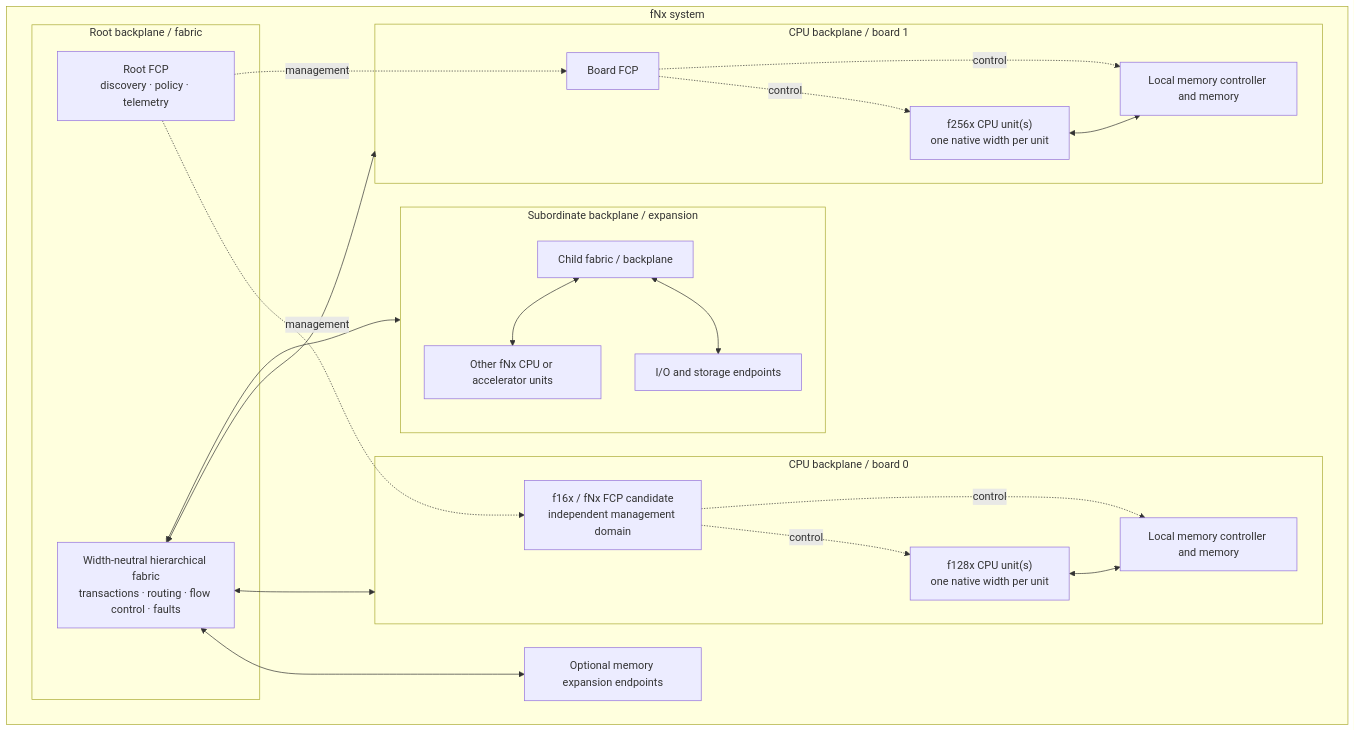
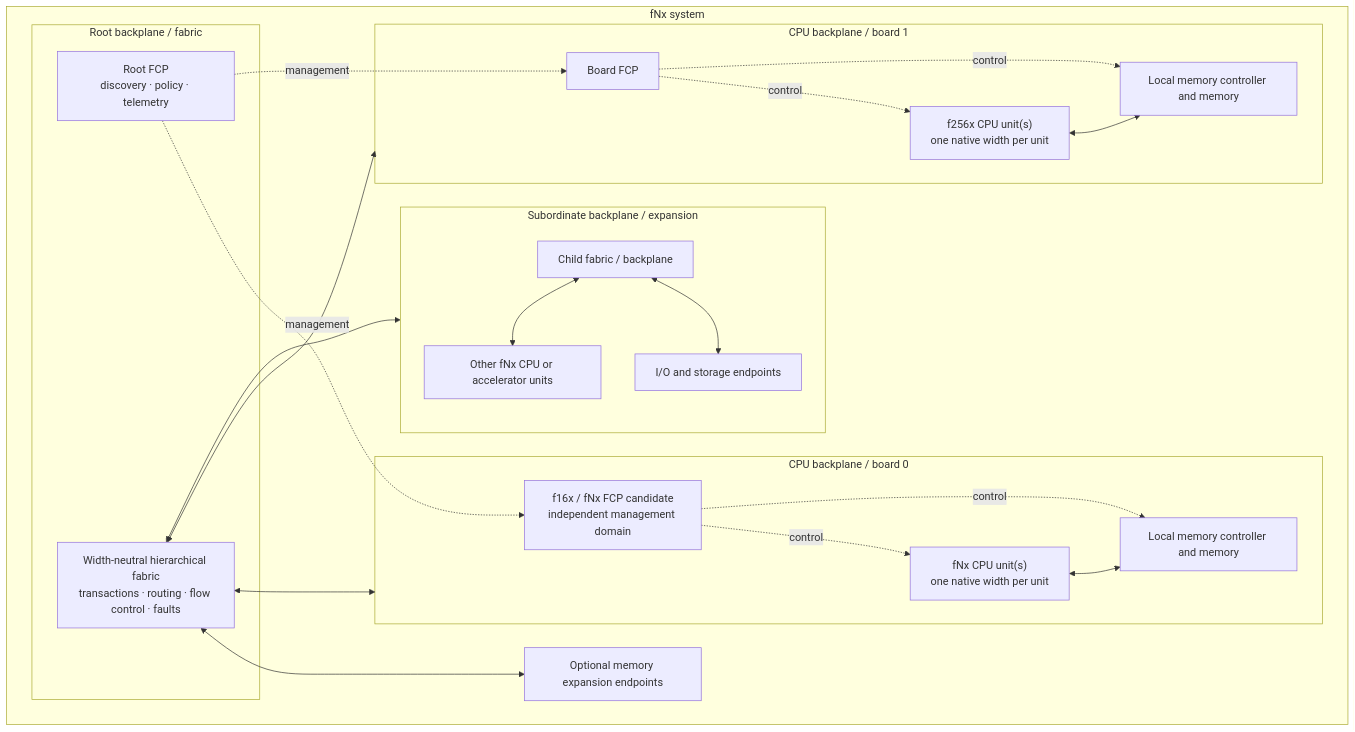
One commit to AI-TwinStream/f128x changed the diagram in docs/architecture/physical-system-block-diagram-0.1.md. Above: the diagram before and after it, drawn with Mermaid. The commit also changed other lines of this file, not shown here.

Commit message:
Use family-neutral CPU labels

````diff
--- a/docs/architecture/physical-system-block-diagram-0.1.md
+++ b/docs/architecture/physical-system-block-diagram-0.1.md
@@ -10,39 +10,39 @@
 ```mermaid
 flowchart TB
   subgraph SYS["fNx system"]
     subgraph ROOT["Root backplane / fabric"]
       FAB["Width-neutral hierarchical fabric\ntransactions · routing · flow control · faults"]
       ROOTFCP["Root FCP\ndiscovery · policy · telemetry"]
     end
     subgraph B0["CPU backplane / board 0"]
-      CPU0["f128x CPU unit(s)\none native width per unit"]
+      CPU0["fNx CPU unit(s)\none native width per unit"]
       FCP0["f16x / fNx FCP candidate\nindependent management domain"]
       MEM0["Local memory controller and memory"]
       CPU0 <--> MEM0
       FCP0 -. control .-> CPU0
       FCP0 -. control .-> MEM0
     end
     subgraph B1["CPU backplane / board 1"]
       CPU1["f256x CPU unit(s)\none native width per unit"]
       FCP1["Board FCP"]
       MEM1["Local memory controller and memory"]
       CPU1 <--> MEM1
       FCP1 -. control .-> CPU1
       FCP1 -. control .-> MEM1
     end
     subgraph SUB["Subordinate backplane / expansion"]
       FAB2["Child fabric / backplane"]
       CPU2["Other fNx CPU or accelerator units"]
       IO2["I/O and storage endpoints"]
       FAB2 <--> CPU2
       FAB2 <--> IO2
     end
     MEMX["Optional memory expansion endpoints"]
     ROOTFCP -. management .-> FCP0
     ROOTFCP -. management .-> FCP1
     FAB <--> B0
     FAB <--> B1
     FAB <--> SUB
     FAB <--> MEMX
   end
 ```
````
